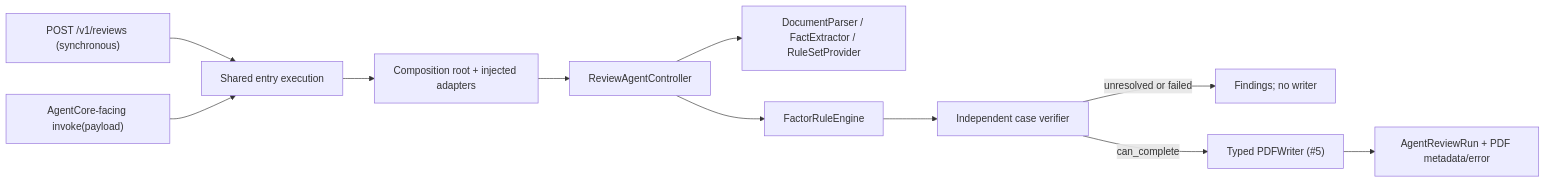
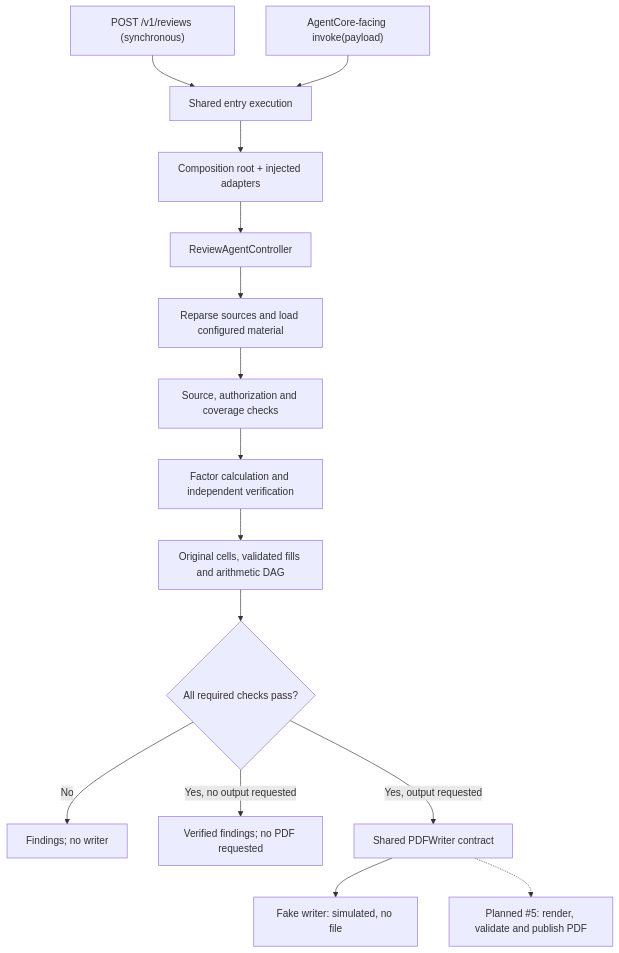
The first of 3 diagrams in docs/architecture.md (chengruchou/newtaipei-appraisal-review-ai), drawn with Mermaid before and after one commit. The commit also changed other lines of this file and 7 other files, not shown here.

Commit message:
docs: align architecture and progress with merged review core

````diff
--- a/docs/architecture.md
+++ b/docs/architecture.md
@@ -13,13 +19,17 @@
 ```mermaid
-flowchart LR
+flowchart TD
     API["POST /v1/reviews (synchronous)"] --> ENTRY["Shared entry execution"]
     INV["AgentCore-facing invoke(payload)"] --> ENTRY
     ENTRY --> BOOT["Composition root + injected adapters"]
     BOOT --> C["ReviewAgentController"]
-    C --> P["DocumentParser / FactExtractor / RuleSetProvider"]
-    C --> E["FactorRuleEngine"]
-    E --> V["Independent case verifier"]
-    V -->|unresolved or failed| F["Findings; no writer"]
-    V -->|can_complete| W["Typed PDFWriter (#5)"]
-    W --> R["AgentReviewRun + PDF metadata/error"]
+    C --> P["Reparse sources and load configured material"]
+    P --> CASE["Source, authorization and coverage checks"]
+    CASE --> E["Factor calculation and independent verification"]
+    E --> V["Original cells, validated fills and arithmetic DAG"]
+    V --> GATE{"All required checks pass?"}
+    GATE -->|No| F["Findings; no writer"]
+    GATE -->|Yes, no output requested| DONE["Verified findings; no PDF requested"]
+    GATE -->|Yes, output requested| W["Shared PDFWriter contract"]
+    W --> FAKE["Fake writer: simulated, no file"]
+    W -.-> REAL["Planned #5: render, validate and publish PDF"]
 ```
````
